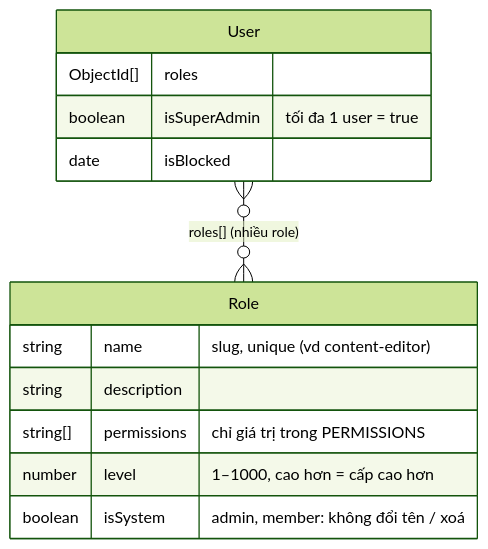
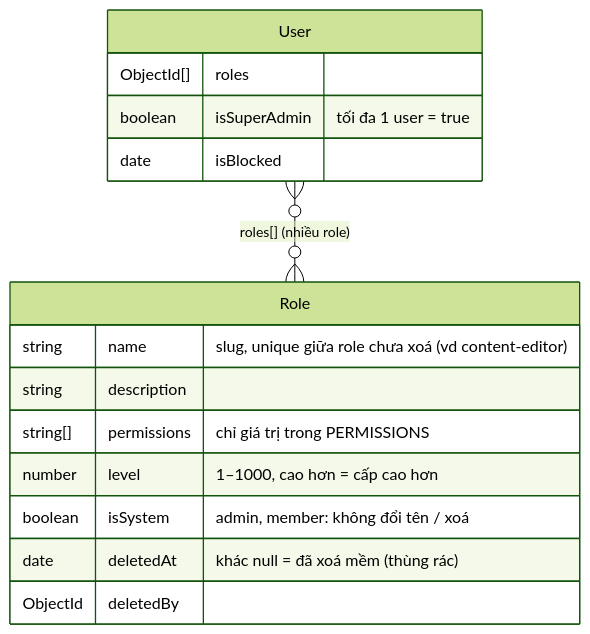
Before and after one commit to hoangnm-ndm/TienThanh-NodeJS: the first of 2 diagrams in docs/05-nguoi-dung.md, drawn with Mermaid (forest theme). The commit also changed other lines of this file and 4 other files, not shown here.

````diff
--- a/docs/05-nguoi-dung.md
+++ b/docs/05-nguoi-dung.md
@@ -15,16 +15,18 @@
 ```mermaid
 erDiagram
   User }o--o{ Role : "roles[] (nhiều role)"
   User {
     ObjectId[] roles
     boolean isSuperAdmin "tối đa 1 user = true"
     date isBlocked
   }
   Role {
-    string name "slug, unique (vd content-editor)"
+    string name "slug, unique giữa role chưa xoá (vd content-editor)"
     string description
     string[] permissions "chỉ giá trị trong PERMISSIONS"
     number level "1–1000, cao hơn = cấp cao hơn"
     boolean isSystem "admin, member: không đổi tên / xoá"
+    date deletedAt "khác null = đã xoá mềm (thùng rác)"
+    ObjectId deletedBy
   }
 ```
````
